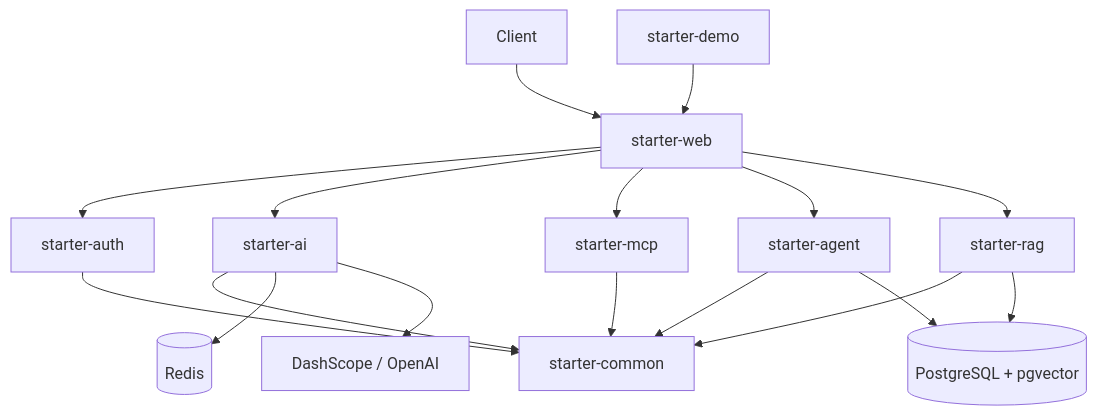
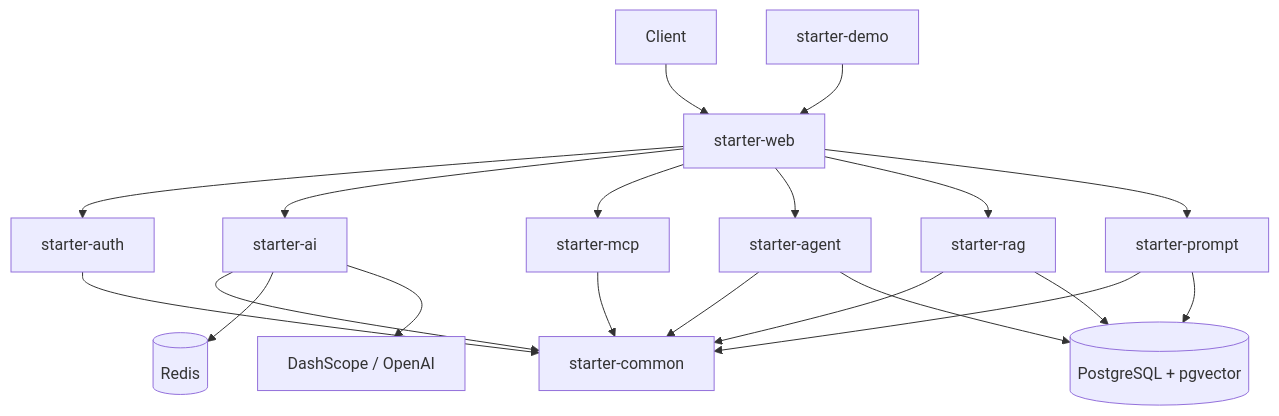
One commit to pysasuke/ai-enterprise-starter changed the diagram in README.md. Above: the diagram before and after it, drawn with Mermaid. The commit also changed other lines of this file and 34 other files, not shown here.

````diff
--- a/README.md
+++ b/README.md
@@ -92,19 +93,22 @@
 ```mermaid
 flowchart TB
     Client --> Web[starter-web]
     Demo[starter-demo] --> Web
     Web --> Auth[starter-auth]
     Web --> AI[starter-ai]
     Web --> MCP[starter-mcp]
     Web --> Agent[starter-agent]
     Web --> Rag[starter-rag]
+    Web --> Prompt[starter-prompt]
     Auth --> Common[starter-common]
     AI --> Common
     MCP --> Common
     Agent --> Common
     Rag --> Common
+    Prompt --> Common
     AI --> Redis[(Redis)]
     Agent --> PG[(PostgreSQL + pgvector)]
     Rag --> PG
+    Prompt --> PG
     AI --> LLM[DashScope / OpenAI]
 ```
````
